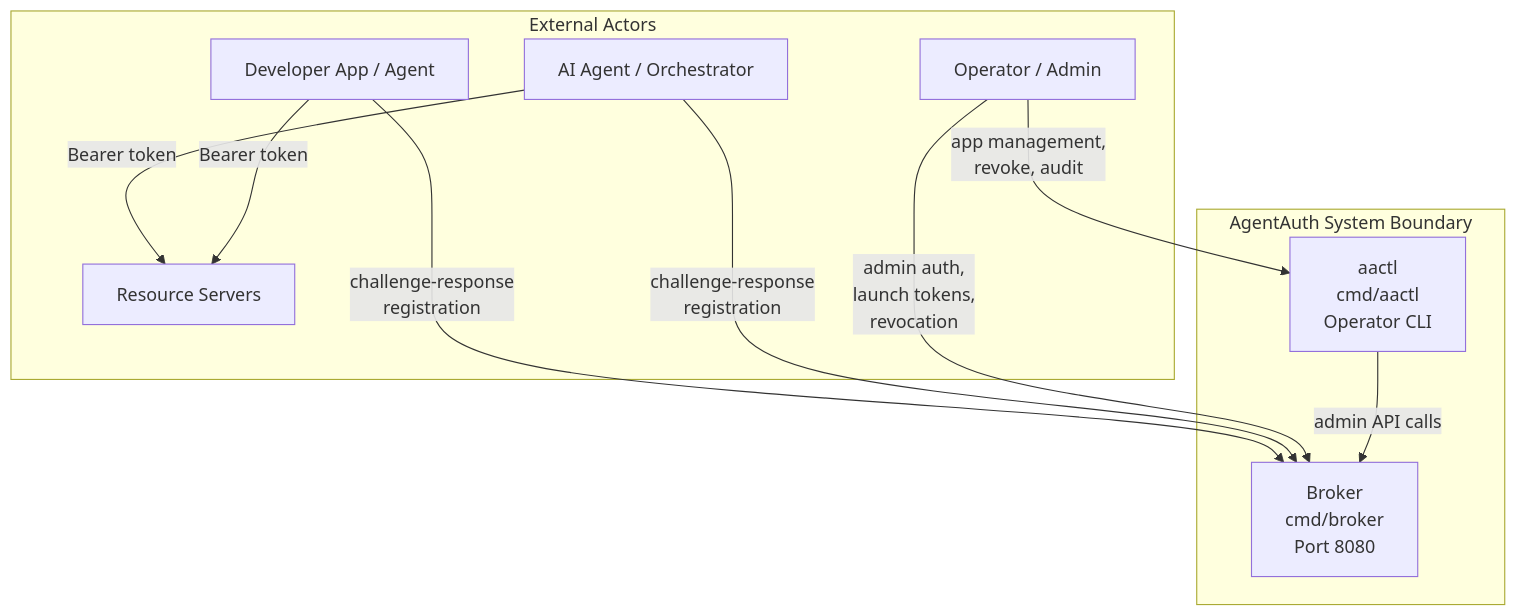
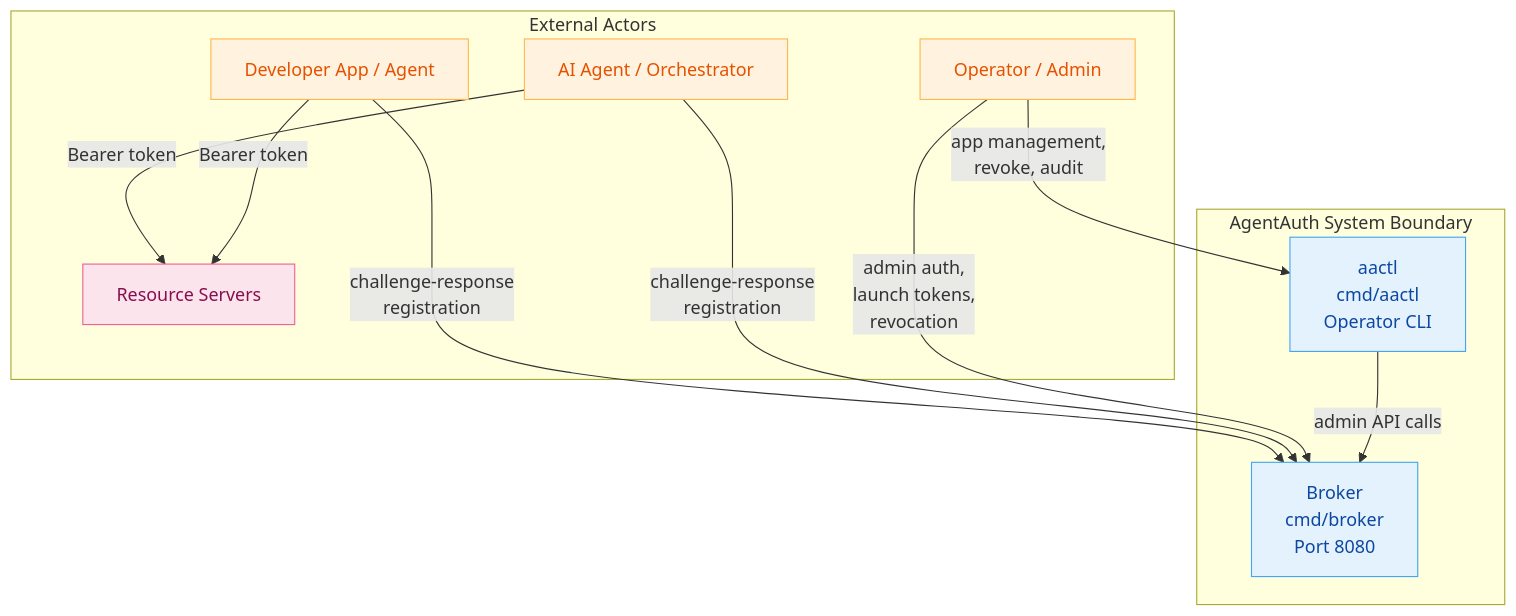
The first of 7 diagrams in docs/architecture.md (devonartis/agentwrit), drawn with Mermaid before and after one commit. The commit also changed other lines of this file and 6 other files, not shown here.

First line of the commit message:
docs: align public diagrams and add svg companion

````diff
--- a/docs/architecture.md
+++ b/docs/architecture.md
@@ -17,22 +17,30 @@
 ```mermaid
 flowchart TB
     subgraph External Actors
         DEV["Developer App / Agent"]
         AGENT["AI Agent / Orchestrator"]
         ADMIN["Operator / Admin"]
         RS["Resource Servers"]
     end
 
     subgraph AgentAuth["AgentAuth System Boundary"]
         BROKER["Broker\ncmd/broker\nPort 8080"]
         AACTL["aactl\ncmd/aactl\nOperator CLI"]
     end
 
     DEV -- "challenge-response\nregistration" --> BROKER
     AGENT -- "challenge-response\nregistration" --> BROKER
     ADMIN -- "admin auth,\nlaunch tokens,\nrevocation" --> BROKER
     ADMIN -- "app management,\nrevoke, audit" --> AACTL
     AACTL -- "admin API calls" --> BROKER
     AGENT -- "Bearer token" --> RS
     DEV -- "Bearer token" --> RS
+
+    classDef external fill:#fff3e0,stroke:#ffb74d,color:#e65100
+    classDef control fill:#e3f2fd,stroke:#42a5f5,color:#0d47a1
+    classDef resource fill:#fce4ec,stroke:#f06292,color:#880e4f
+
+    class DEV,AGENT,ADMIN external
+    class BROKER,AACTL control
+    class RS resource
 ```
````
